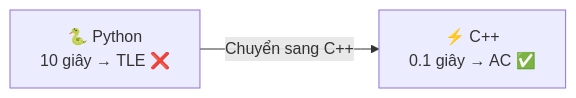
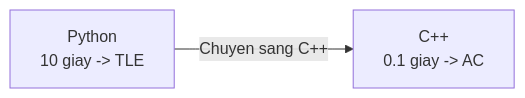
Before and after one commit to FPTOJ-OJ/fptoj_wiki: the first of 4 diagrams in docs/coding/cpp/C01-tai-sao-cpp.md, drawn with Mermaid. The commit also changed other lines of this file and 164 other files, not shown here.

````diff
--- a/docs/coding/cpp/C01-tai-sao-cpp.md
+++ b/docs/coding/cpp/C01-tai-sao-cpp.md
@@ -20,4 +20,4 @@
 ```mermaid
 flowchart LR
-    A["🐍 Python<br>10 giây → TLE ❌"] -->|"Chuyển sang C++"| B["⚡ C++<br>0.1 giây → AC ✅"]
+    A["Python<br>10 giay -> TLE"] -->|"Chuyen sang C++"| B["C++<br>0.1 giay -> AC"]
 ```
````
